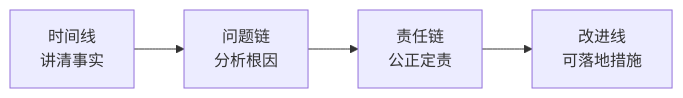
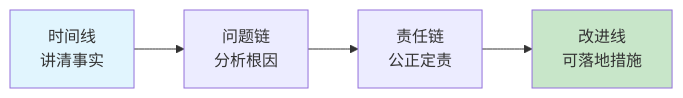
The third of 6 diagrams in packages/website/11.书籍/05.自我精进·成事/24.阶段复盘方法论.md (chongyang211/YCBookBlog), drawn with Mermaid before and after one commit. The commit also changed other lines of this file and 4 other files, not shown here.

````diff
--- a/packages/website/11.书籍/05.自我精进·成事/24.阶段复盘方法论.md
+++ b/packages/website/11.书籍/05.自我精进·成事/24.阶段复盘方法论.md
@@ -98,6 +102,8 @@
 ```mermaid
 graph LR
     T[时间线<br/>讲清事实] --> P[问题链<br/>分析根因]
     P --> R[责任链<br/>公正定责]
     R --> A[改进线<br/>可落地措施]
+    style T fill:#e1f5fe
+    style A fill:#c8e6c9
 ```
````
